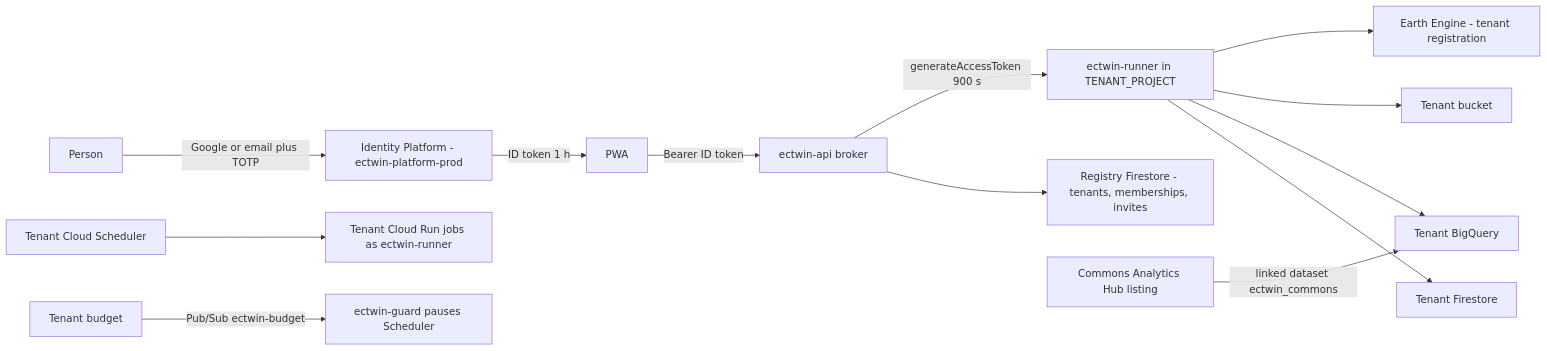
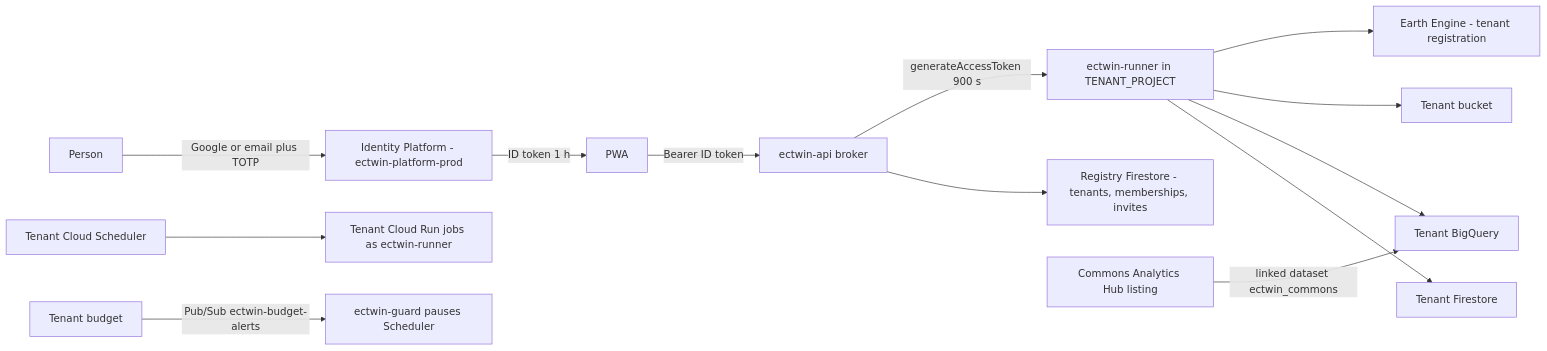
Before and after one commit to mcastroarroyo/weathernext: the first of 5 diagrams in docs/04-identity-tenancy-byo-gcp.md, drawn with Mermaid. The commit also changed other lines of this file, not shown here.

````diff
--- a/docs/04-identity-tenancy-byo-gcp.md
+++ b/docs/04-identity-tenancy-byo-gcp.md
@@ -54,15 +54,15 @@
 ```mermaid
 flowchart LR
   U["Person"] -->|"Google or email plus TOTP"| IDP["Identity Platform - ectwin-platform-prod"]
   IDP -->|"ID token 1 h"| APP["PWA"]
   APP -->|"Bearer ID token"| API["ectwin-api broker"]
   API --> REG["Registry Firestore - tenants, memberships, invites"]
   API -->|"generateAccessToken 900 s"| RUN["ectwin-runner in TENANT_PROJECT"]
   RUN --> TFS["Tenant Firestore"]
   RUN --> TBQ["Tenant BigQuery"]
   RUN --> TGCS["Tenant bucket"]
   RUN --> TEE["Earth Engine - tenant registration"]
   SCH["Tenant Cloud Scheduler"] --> JOB["Tenant Cloud Run jobs as ectwin-runner"]
   AH["Commons Analytics Hub listing"] -->|"linked dataset ectwin_commons"| TBQ
-  BUD["Tenant budget"] -->|"Pub/Sub ectwin-budget"| GRD["ectwin-guard pauses Scheduler"]
+  BUD["Tenant budget"] -->|"Pub/Sub ectwin-budget-alerts"| GRD["ectwin-guard pauses Scheduler"]
 ```
````
